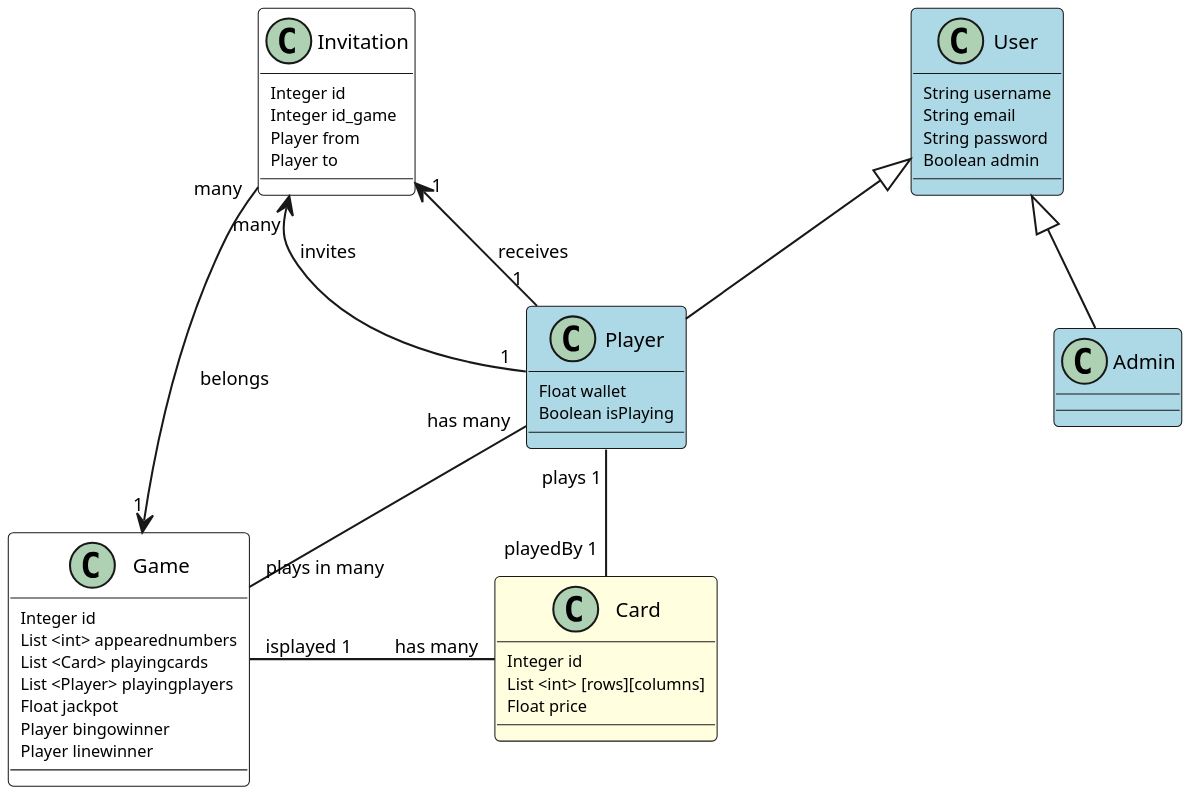
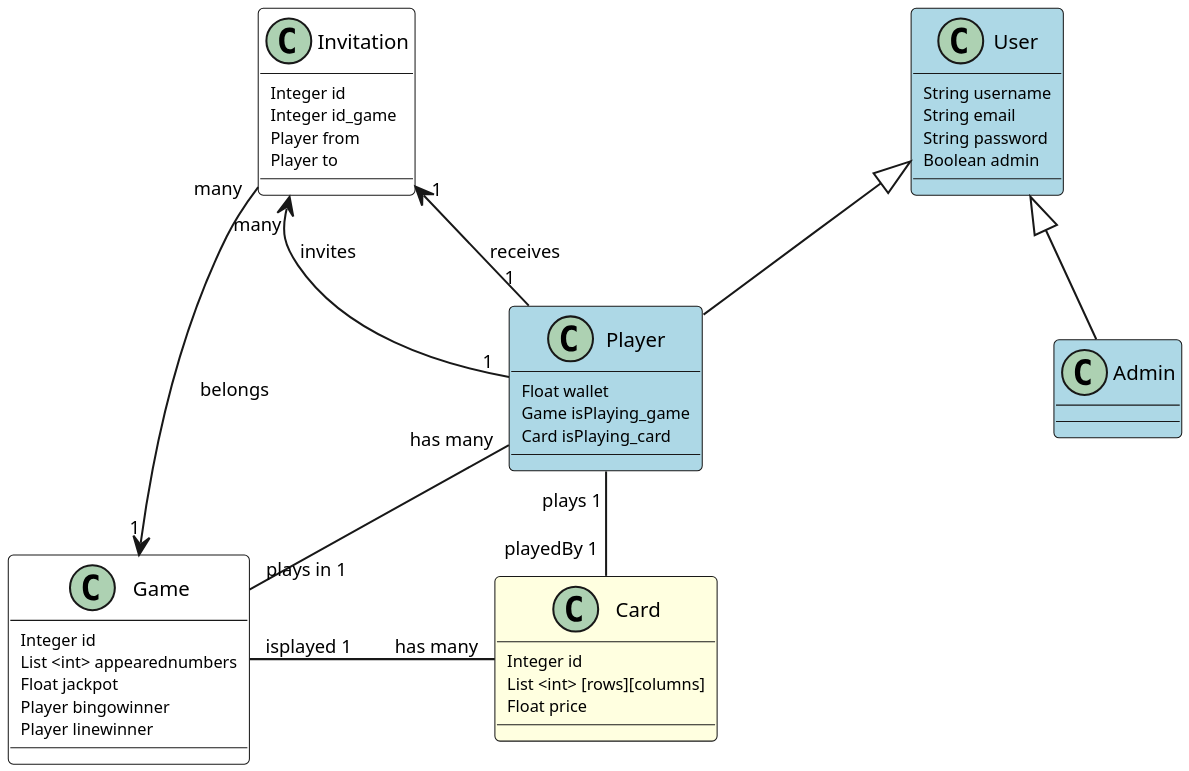
One commit to UdL-EPS-SoftArch/webingo-geiade-api changed the diagram in uml.puml. Above: the diagram before and after it, drawn with PlantUML. The commit also changed 5 other files, not shown here.

```diff
--- a/uml.puml
+++ b/uml.puml
@@ -1,62 +1,61 @@
 @startuml
 scale 800*800
 skinparam dpi 200
 skinparam classAttributeFontSize 8
 skinparam classArrowFontSize 9
 skinparam classFontSize 10
 skinparam nodesep 120
 skinparam ranksep 40
 hide stereotype
 skinparam class {
 	BackgroundColor White
 	BackgroundColor<<User>> LightBlue
 	BackgroundColor<<Card>> LightYellow
 }
 
 class Card <<Card>> {
     Integer id
     List <int> [rows][columns]
     Float price
 }
 
 class Invitation <<Invitation>> {
     Integer id
     Integer id_game
     Player from
     Player to
 }
 
 class Game <<Game>> {
     Integer id
     List <int> appearednumbers
-    List <Card> playingcards
-    List <Player> playingplayers
     Float jackpot
     Player bingowinner
     Player linewinner
 }
 Card "has many" -left- "isplayed 1" Game
 
 class User <<User>> {
     String username
     String email
     String password
     Boolean admin
 
 }
 
 class Player <<User>> extends User {
     Float wallet
-    Boolean isPlaying
+    Game isPlaying_game
+    Card isPlaying_card
 }
 Card "playedBy 1" -- "plays 1" Player
-Game "plays in many" -up- "has many" Player
+Game "plays in 1" -up- "has many" Player
 Invitation "many" <-- "1" Player : invites
 Invitation "1" <-- "1" Player : receives
 Invitation "many" --> "1" Game : belongs
 
 
 class Admin <<User>> extends User {
 
 }
 @enduml
```
